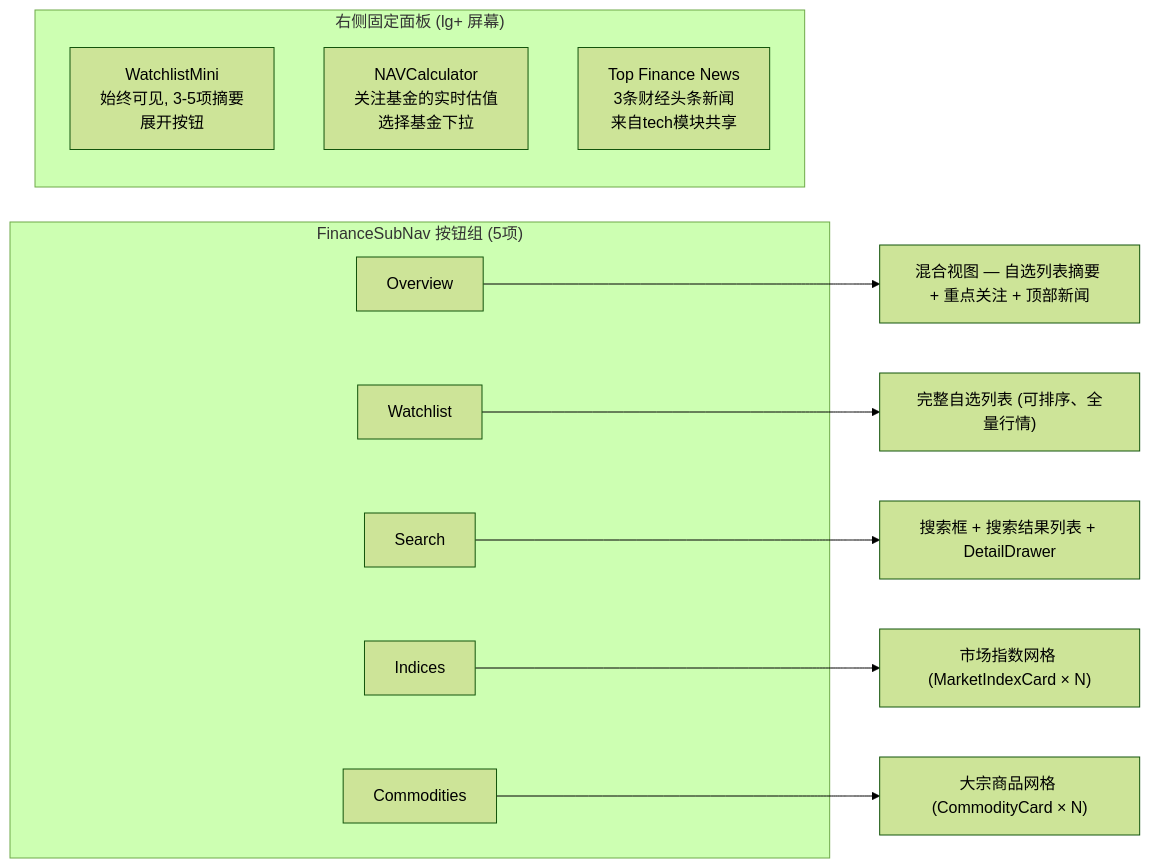
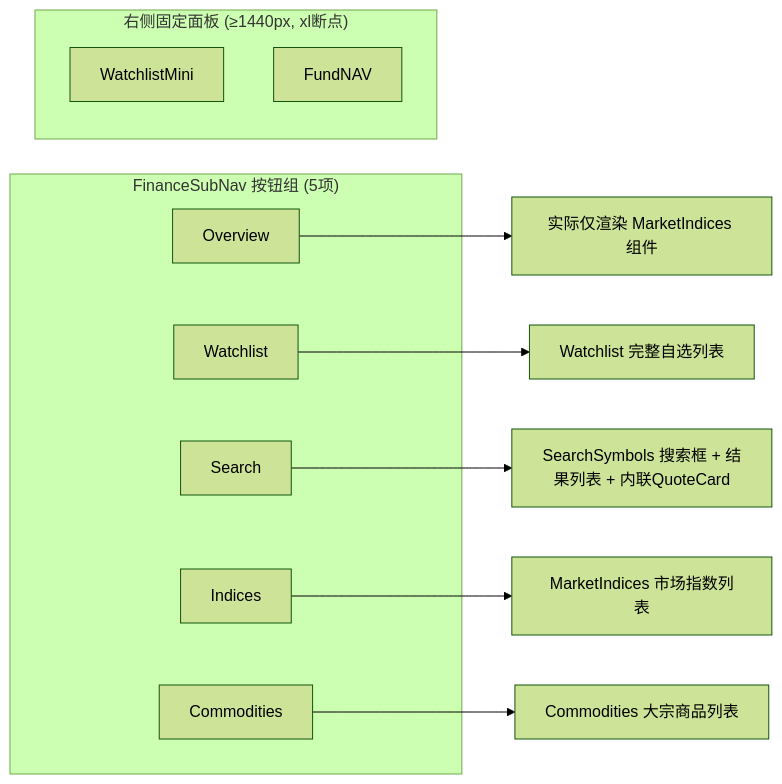
The fifth of 6 diagrams in docs/design/finance-tab.md (onceme/instantboard), drawn with Mermaid (forest theme) before and after one commit. The commit also changed other lines of this file and 14 other files, not shown here.

````diff
--- a/docs/design/finance-tab.md
+++ b/docs/design/finance-tab.md
@@ -348,22 +255,21 @@
 ```mermaid
 graph LR
     subgraph SubNav["FinanceSubNav 按钮组 (5项)"]
         OV["Overview"]
         WL["Watchlist"]
         SE["Search"]
         ID["Indices"]
         CO["Commodities"]
     end
 
-    OV --> OVC["混合视图 — 自选列表摘要 + 重点关注 + 顶部新闻"]
-    WL --> WLC["完整自选列表 (可排序、全量行情)"]
-    SE --> SEC["搜索框 + 搜索结果列表 + DetailDrawer"]
-    ID --> IDC["市场指数网格 (MarketIndexCard × N)"]
-    CO --> COC["大宗商品网格 (CommodityCard × N)"]
+    OV --> OVC["实际仅渲染 MarketIndices 组件"]
+    WL --> WLC["Watchlist 完整自选列表"]
+    SE --> SEC["SearchSymbols 搜索框 + 结果列表 + 内联QuoteCard"]
+    ID --> IDC["MarketIndices 市场指数列表"]
+    CO --> COC["Commodities 大宗商品列表"]
 
-    subgraph Right["右侧固定面板 (lg+ 屏幕)"]
-        WM2["WatchlistMini<br/>始终可见, 3-5项摘要<br/>展开按钮"]
-        NAV2["NAVCalculator<br/>关注基金的实时估值<br/>选择基金下拉"]
-        TFN["Top Finance News<br/>3条财经头条新闻<br/>来自tech模块共享"]
+    subgraph Right["右侧固定面板 (≥1440px, xl断点)"]
+        WM2["WatchlistMini"]
+        NAV2["FundNAV"]
     end
 ```
````
